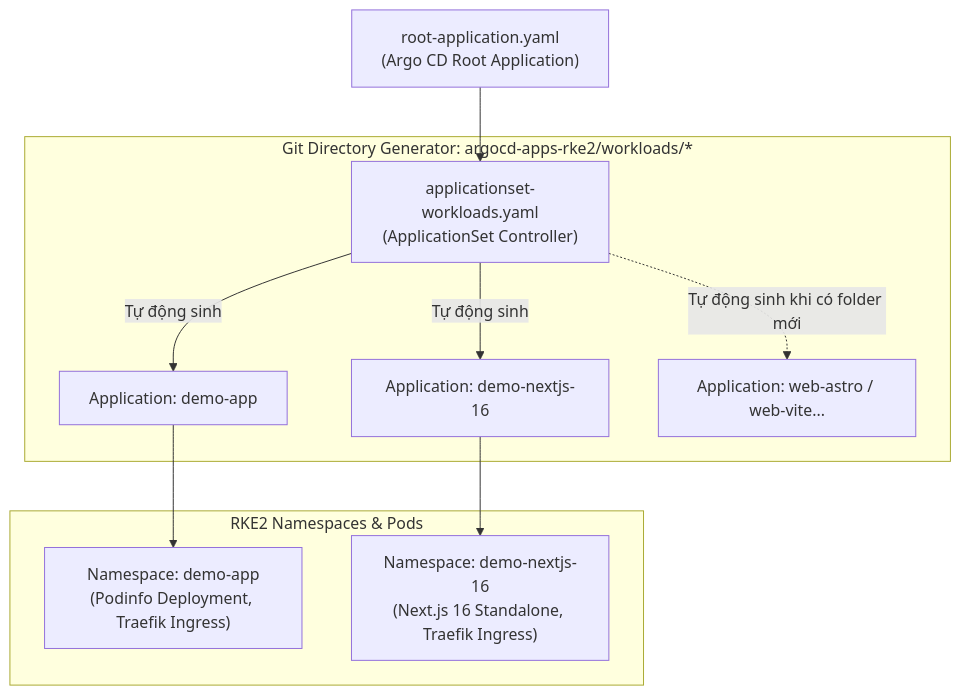
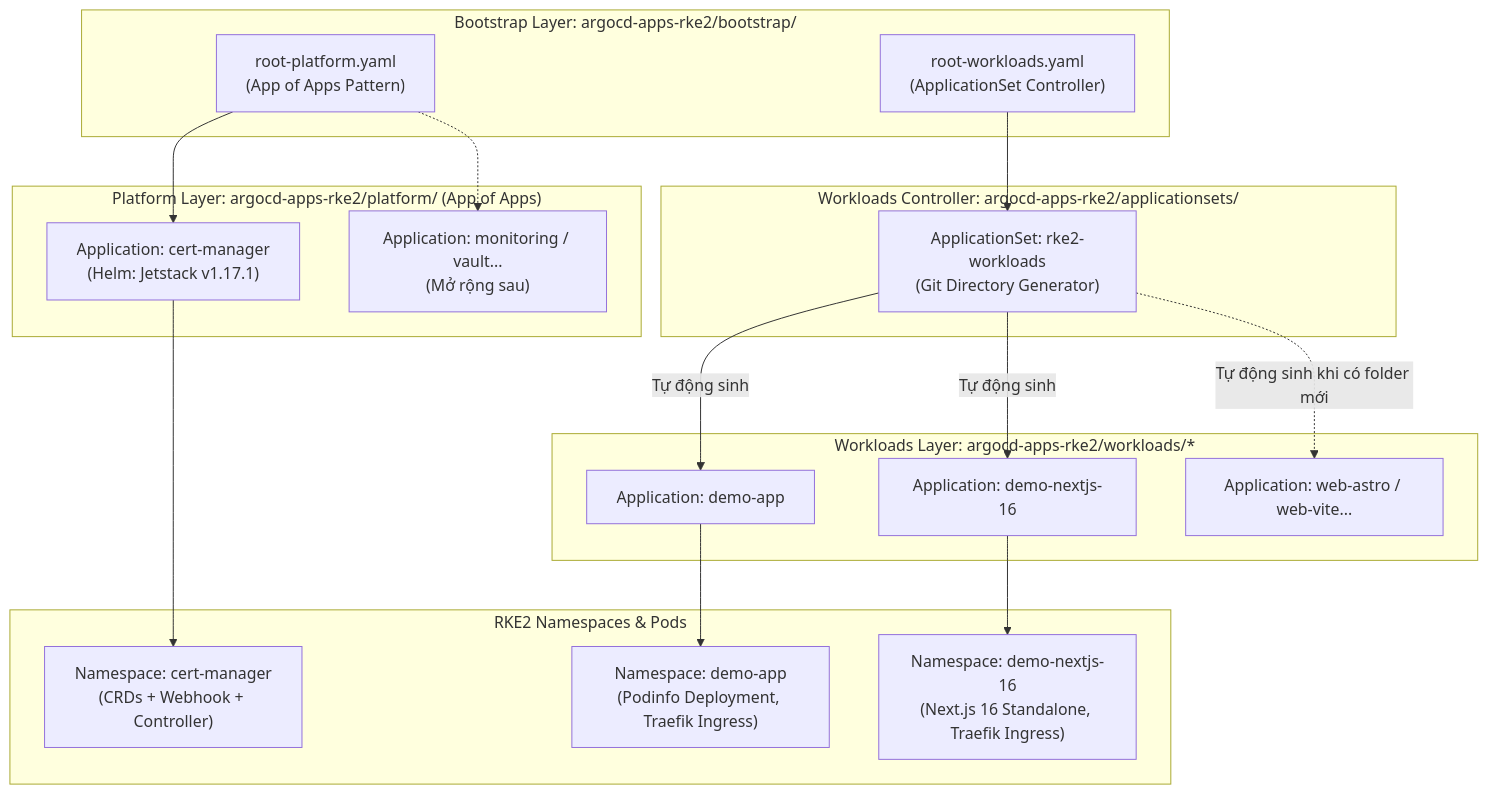
The diagram in argocd-apps-rke2/README.md (001123/lab-harvester-gitops), drawn with Mermaid before and after one commit. The commit also changed other lines of this file and 5 other files, not shown here.

Commit message:
feat(gitops): adopt hybrid gitops architecture (app of apps + applicationset)

````diff
--- a/argocd-apps-rke2/README.md
+++ b/argocd-apps-rke2/README.md
@@ -11,15 +14,28 @@
 ```mermaid
 graph TD
-    RootApp["root-application.yaml\n(Argo CD Root Application)"] --> AppSet["applicationset-workloads.yaml\n(ApplicationSet Controller)"]
-    
-    subgraph "Git Directory Generator: argocd-apps-rke2/workloads/*"
+    subgraph "Bootstrap Layer: argocd-apps-rke2/bootstrap/"
+        RootPlatform["root-platform.yaml\n(App of Apps Pattern)"]
+        RootWorkloads["root-workloads.yaml\n(ApplicationSet Controller)"]
+    end
+
+    subgraph "Platform Layer: argocd-apps-rke2/platform/ (App of Apps)"
+        RootPlatform --> AppCert["Application: cert-manager\n(Helm: Jetstack v1.17.1)"]
+        RootPlatform -.-> AppOther["Application: monitoring / vault...\n(Mở rộng sau)"]
+    end
+
+    subgraph "Workloads Controller: argocd-apps-rke2/applicationsets/"
+        RootWorkloads --> AppSet["ApplicationSet: rke2-workloads\n(Git Directory Generator)"]
+    end
+
+    subgraph "Workloads Layer: argocd-apps-rke2/workloads/*"
         AppSet -->|Tự động sinh| AppDemo["Application: demo-app"]
         AppSet -->|Tự động sinh| AppNextJS["Application: demo-nextjs-16"]
         AppSet -.->|Tự động sinh khi có folder mới| AppFuture["Application: web-astro / web-vite..."]
     end
-    
+
     subgraph "RKE2 Namespaces & Pods"
+        AppCert --> PodCert["Namespace: cert-manager\n(CRDs + Webhook + Controller)"]
         AppDemo --> PodDemo["Namespace: demo-app\n(Podinfo Deployment, Traefik Ingress)"]
         AppNextJS --> NextPod["Namespace: demo-nextjs-16\n(Next.js 16 Standalone, Traefik Ingress)"]
     end
 ```
````
